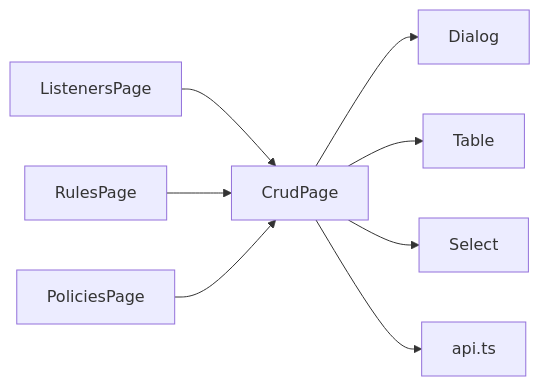
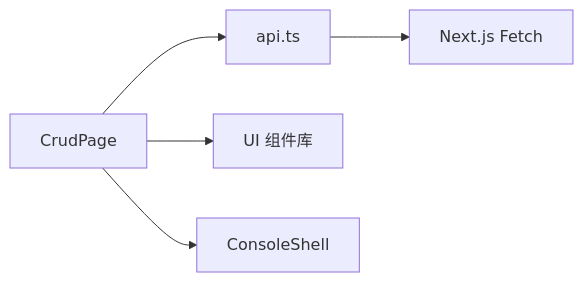
One commit to x01n/My-OpenWaf changed the sixth of 6 diagrams in docs/前端管理界面/组件设计模式/CRUD 页面组件.md. Above: the diagram before and after it, drawn with Mermaid. The commit also changed other lines of this file and 199 other files, not shown here.

````diff
--- a/docs/前端管理界面/组件设计模式/CRUD 页面组件.md
+++ b/docs/前端管理界面/组件设计模式/CRUD 页面组件.md
@@ -361,10 +279,7 @@
 ```mermaid
 graph LR
-CP["CrudPage"] --> D["Dialog"]
-CP --> T["Table"]
-CP --> S["Select"]
-CP --> API["api.ts"]
-L["ListenersPage"] --> CP
-R["RulesPage"] --> CP
-P["PoliciesPage"] --> CP
+CP["CrudPage"] --> API["api.ts"]
+CP --> UI["UI 组件库"]
+CP --> CS["ConsoleShell"]
+API --> Next["Next.js Fetch"]
 ```
````
